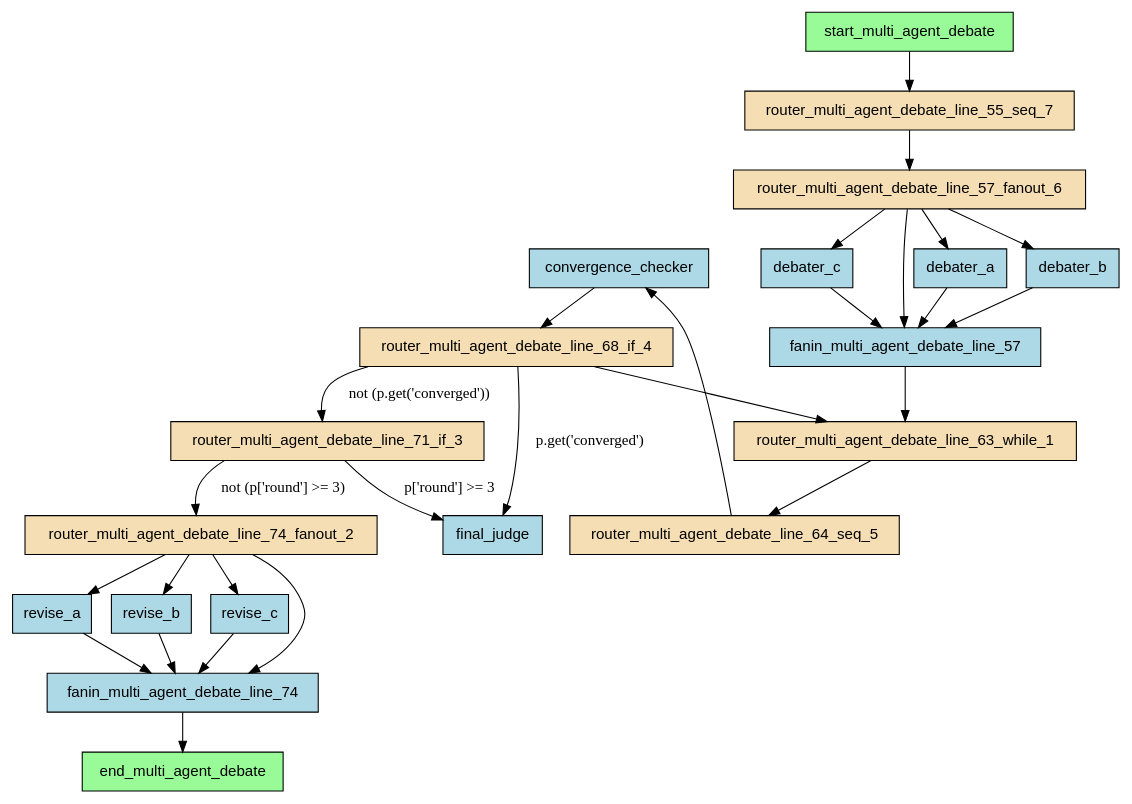
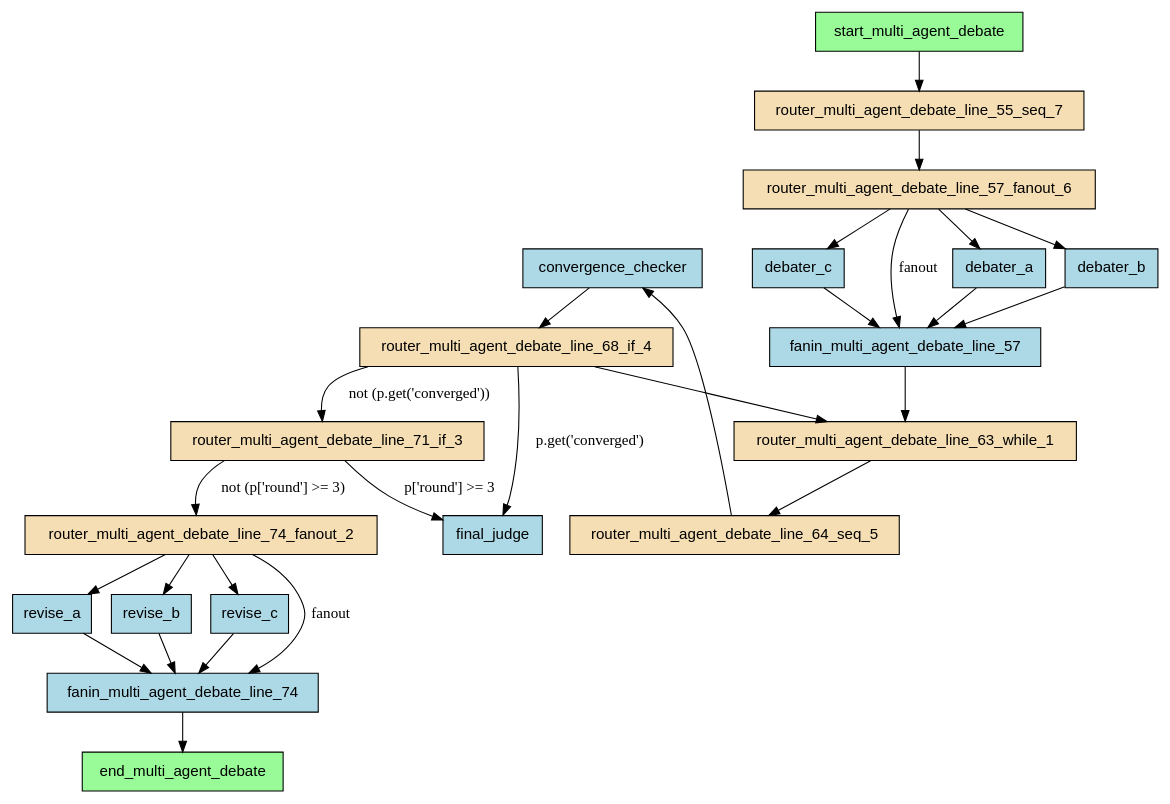
Before and after one commit to deliveryhero/asya: the diagram in examples/flows/agentic/compiled/multi_agent_debate/flow.dot, drawn with Graphviz. The commit also changed 79 other files, not shown here.

First line of the commit message:
feat(analyzer): add fanout labels to router-to-aggregator edges

```diff
--- a/examples/flows/agentic/compiled/multi_agent_debate/flow.dot
+++ b/examples/flows/agentic/compiled/multi_agent_debate/flow.dot
@@ -1,51 +1,51 @@
 digraph "multi_agent_debate" {
     rankdir=TB;
     node [shape=box, style=filled, fontname="Helvetica"];
 
     convergence_checker [label="convergence_checker", fillcolor=lightblue];
     debater_a [label="debater_a", fillcolor=lightblue];
     debater_b [label="debater_b", fillcolor=lightblue];
     debater_c [label="debater_c", fillcolor=lightblue];
     end_multi_agent_debate [label="end_multi_agent_debate", fillcolor=palegreen];
     fanin_multi_agent_debate_line_57 [label="fanin_multi_agent_debate_line_57", fillcolor=lightblue];
     fanin_multi_agent_debate_line_74 [label="fanin_multi_agent_debate_line_74", fillcolor=lightblue];
     final_judge [label="final_judge", fillcolor=lightblue];
     revise_a [label="revise_a", fillcolor=lightblue];
     revise_b [label="revise_b", fillcolor=lightblue];
     revise_c [label="revise_c", fillcolor=lightblue];
     router_multi_agent_debate_line_55_seq_7 [label="router_multi_agent_debate_line_55_seq_7", fillcolor=wheat];
     router_multi_agent_debate_line_57_fanout_6 [label="router_multi_agent_debate_line_57_fanout_6", fillcolor=wheat];
     router_multi_agent_debate_line_63_while_1 [label="router_multi_agent_debate_line_63_while_1", fillcolor=wheat];
     router_multi_agent_debate_line_64_seq_5 [label="router_multi_agent_debate_line_64_seq_5", fillcolor=wheat];
     router_multi_agent_debate_line_68_if_4 [label="router_multi_agent_debate_line_68_if_4", fillcolor=wheat];
     router_multi_agent_debate_line_71_if_3 [label="router_multi_agent_debate_line_71_if_3", fillcolor=wheat];
     router_multi_agent_debate_line_74_fanout_2 [label="router_multi_agent_debate_line_74_fanout_2", fillcolor=wheat];
     start_multi_agent_debate [label="start_multi_agent_debate", fillcolor=palegreen];
 
     start_multi_agent_debate -> router_multi_agent_debate_line_55_seq_7;
-    router_multi_agent_debate_line_74_fanout_2 -> fanin_multi_agent_debate_line_74;
+    router_multi_agent_debate_line_74_fanout_2 -> fanin_multi_agent_debate_line_74 [label="fanout"];
     router_multi_agent_debate_line_74_fanout_2 -> revise_a;
     revise_a -> fanin_multi_agent_debate_line_74;
     router_multi_agent_debate_line_74_fanout_2 -> revise_b;
     revise_b -> fanin_multi_agent_debate_line_74;
     router_multi_agent_debate_line_74_fanout_2 -> revise_c;
     revise_c -> fanin_multi_agent_debate_line_74;
     router_multi_agent_debate_line_71_if_3 -> router_multi_agent_debate_line_74_fanout_2 [label="not (p['round'] >= 3)"];
     router_multi_agent_debate_line_71_if_3 -> final_judge [label="p['round'] >= 3"];
     router_multi_agent_debate_line_68_if_4 -> router_multi_agent_debate_line_71_if_3 [label="not (p.get('converged'))"];
     router_multi_agent_debate_line_68_if_4 -> final_judge [label="p.get('converged')"];
     router_multi_agent_debate_line_64_seq_5 -> convergence_checker;
     convergence_checker -> router_multi_agent_debate_line_68_if_4;
     router_multi_agent_debate_line_63_while_1 -> router_multi_agent_debate_line_64_seq_5;
-    router_multi_agent_debate_line_57_fanout_6 -> fanin_multi_agent_debate_line_57;
+    router_multi_agent_debate_line_57_fanout_6 -> fanin_multi_agent_debate_line_57 [label="fanout"];
     fanin_multi_agent_debate_line_57 -> router_multi_agent_debate_line_63_while_1;
     router_multi_agent_debate_line_57_fanout_6 -> debater_a;
     debater_a -> fanin_multi_agent_debate_line_57;
     router_multi_agent_debate_line_57_fanout_6 -> debater_b;
     debater_b -> fanin_multi_agent_debate_line_57;
     router_multi_agent_debate_line_57_fanout_6 -> debater_c;
     debater_c -> fanin_multi_agent_debate_line_57;
     router_multi_agent_debate_line_55_seq_7 -> router_multi_agent_debate_line_57_fanout_6;
     router_multi_agent_debate_line_68_if_4 -> router_multi_agent_debate_line_63_while_1;
     fanin_multi_agent_debate_line_74 -> end_multi_agent_debate;
 }
```
